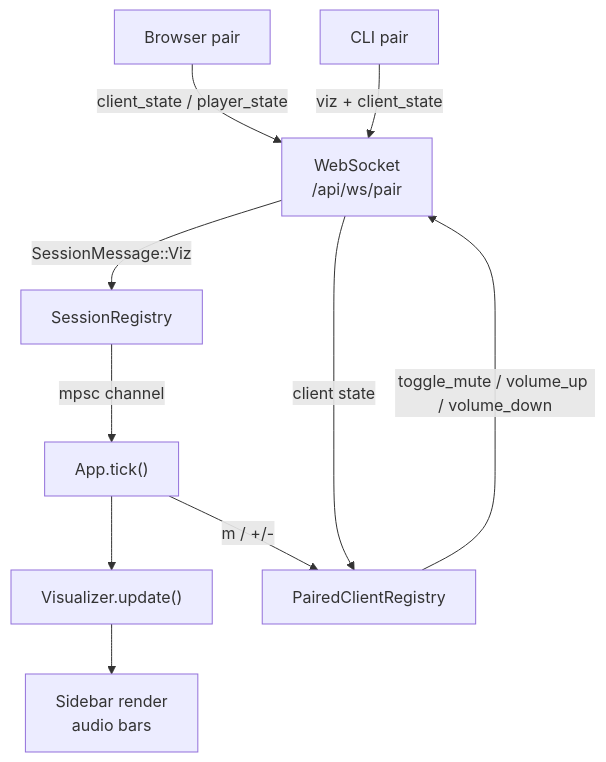
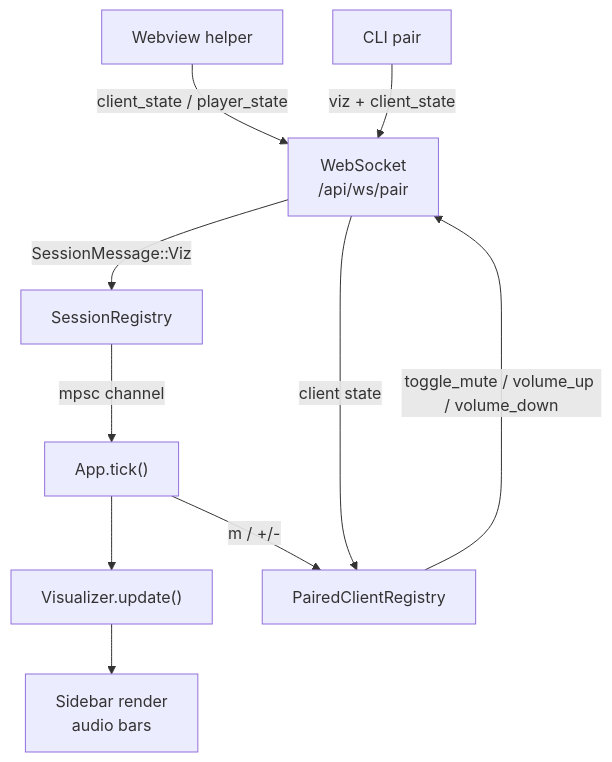
One commit to MichaelC001/late-sh changed the third of 6 diagrams in CONTEXT.md. Above: the diagram before and after it, drawn with Mermaid. The commit also changed other lines of this file and 65 other files, not shown here.

````diff
--- a/CONTEXT.md
+++ b/CONTEXT.md
@@ -218,12 +218,12 @@
 ```mermaid
 flowchart TD
-    B["Browser pair"] -->|"client_state / player_state"| WS["WebSocket<br/>/api/ws/pair"]
+    B["Webview helper"] -->|"client_state / player_state"| WS["WebSocket<br/>/api/ws/pair"]
     C["CLI pair"] -->|"viz + client_state"| WS
     WS -->|"SessionMessage::Viz"| SR["SessionRegistry"]
     WS -->|"client state"| PCR["PairedClientRegistry"]
     SR -->|"mpsc channel"| APP["App.tick()"]
     APP --> VIZ["Visualizer.update()"]
     APP -->|"m / +/-"| PCR
     PCR -->|"toggle_mute / volume_up / volume_down"| WS
     VIZ --> RENDER["Sidebar render<br/>audio bars"]
 ```
````
